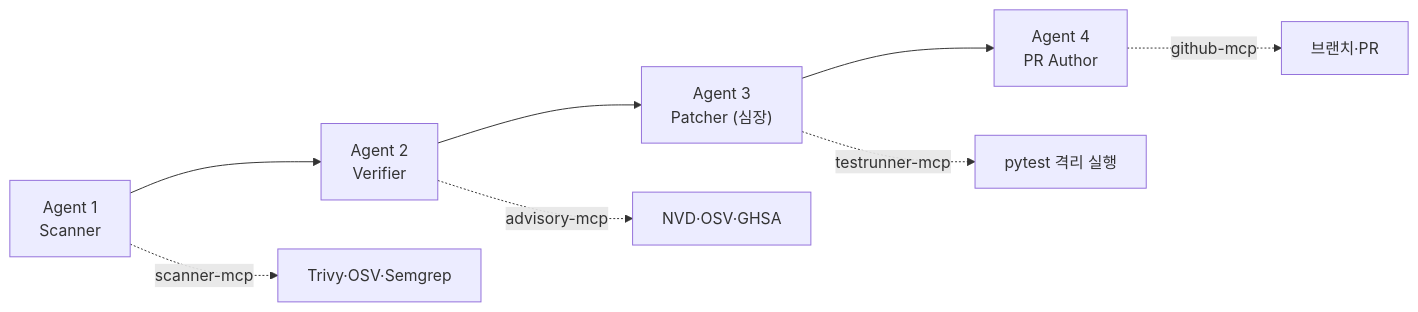
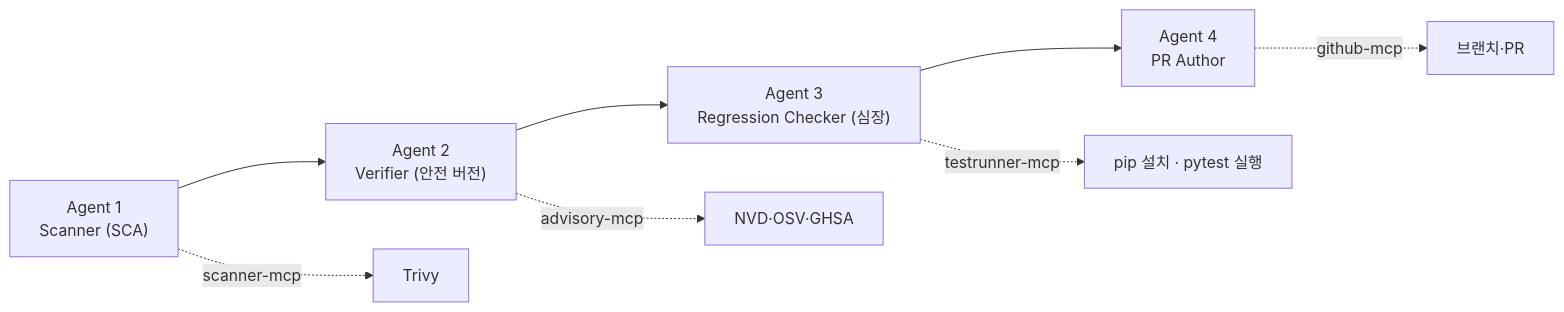
Before and after one commit to peachoath/vibeguard: the fourth of 10 diagrams in DOCS/VibeGuard_Architecture.md, drawn with Mermaid. The commit also changed other lines of this file and 7 other files, not shown here.

````diff
--- a/DOCS/VibeGuard_Architecture.md
+++ b/DOCS/VibeGuard_Architecture.md
@@ -140,11 +146,11 @@
 ```mermaid
 flowchart LR
-    A1["Agent 1<br/>Scanner"] --> A2["Agent 2<br/>Verifier"]
-    A2 --> A3["Agent 3<br/>Patcher (심장)"]
+    A1["Agent 1<br/>Scanner (SCA)"] --> A2["Agent 2<br/>Verifier (안전 버전)"]
+    A2 --> A3["Agent 3<br/>Regression Checker (심장)"]
     A3 --> A4["Agent 4<br/>PR Author"]
 
-    A1 -.->|scanner-mcp| M1[Trivy·OSV·Semgrep]
+    A1 -.->|scanner-mcp| M1[Trivy]
     A2 -.->|advisory-mcp| M2[NVD·OSV·GHSA]
-    A3 -.->|testrunner-mcp| M3[pytest 격리 실행]
+    A3 -.->|testrunner-mcp| M3[pip 설치 · pytest 실행]
     A4 -.->|github-mcp| M4[브랜치·PR]
 ```
````
